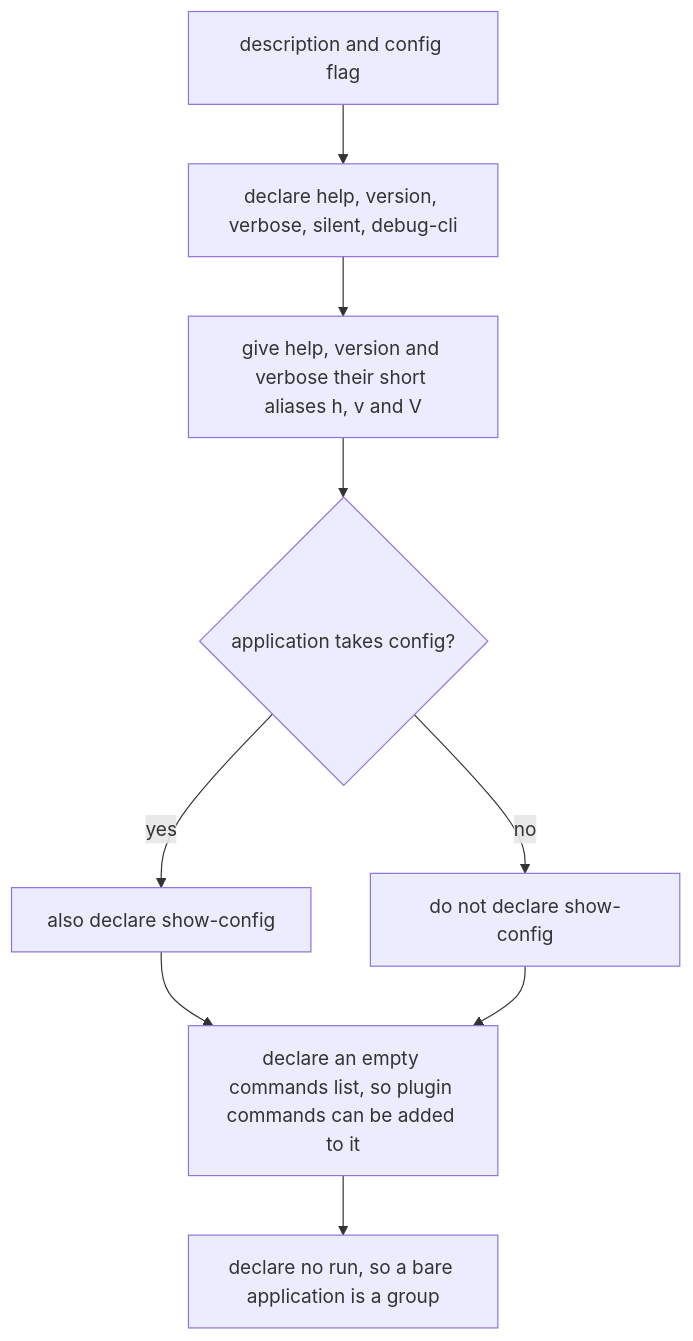
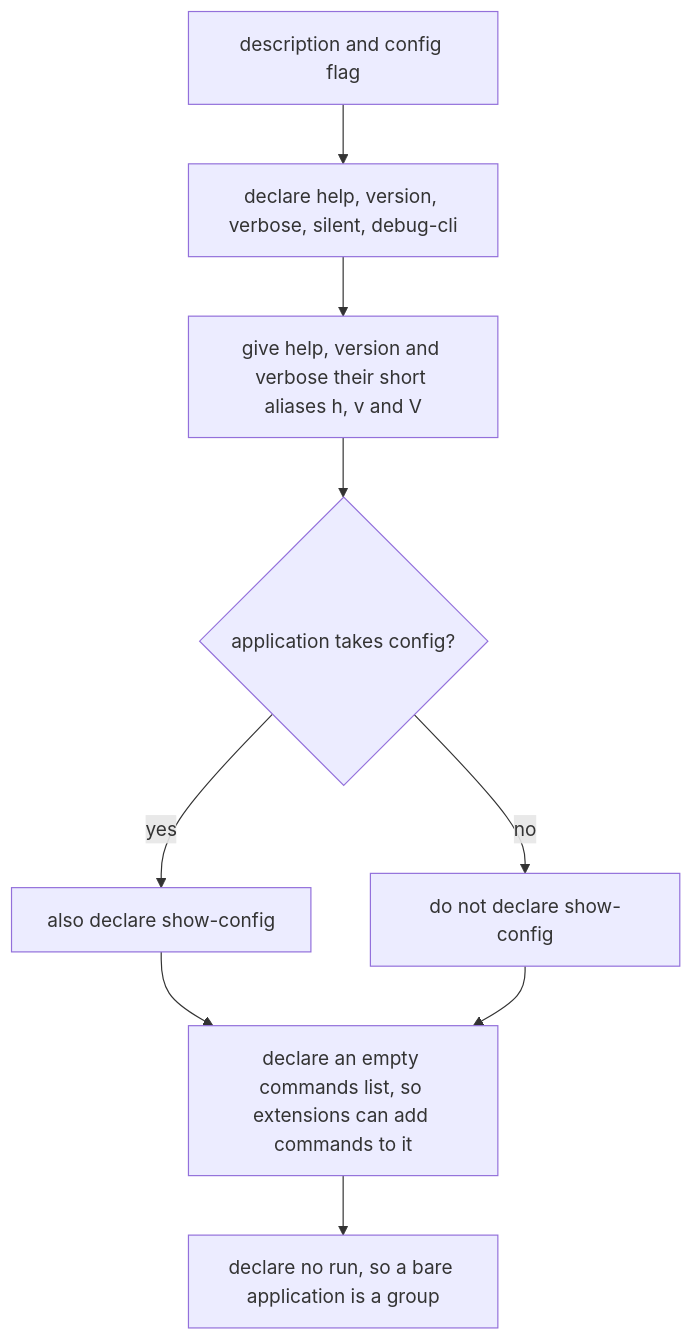
The diagram in packages/clibuilder/.agents/spec/builtin-commands/README.md (clibuilder/clibuilder), drawn with Mermaid before and after one commit. The commit also changed other lines of this file and 150 other files, not shown here.

````diff
--- a/packages/clibuilder/.agents/spec/builtin-commands/README.md
+++ b/packages/clibuilder/.agents/spec/builtin-commands/README.md
@@ -170,11 +78,11 @@
 ```mermaid
 graph TD
   B[description and config flag] --> G[declare help, version, verbose, silent, debug-cli]
   G --> AL["give help, version and verbose their short aliases h, v and V"]
   AL --> CF{application takes config?}
   CF -- yes --> SC[also declare show-config]
   CF -- no --> NS[do not declare show-config]
-  SC --> EC[declare an empty commands list, so plugin commands can be added to it]
+  SC --> EC[declare an empty commands list, so extensions can add commands to it]
   NS --> EC
   EC --> NR[declare no run, so a bare application is a group]
 ```
````
